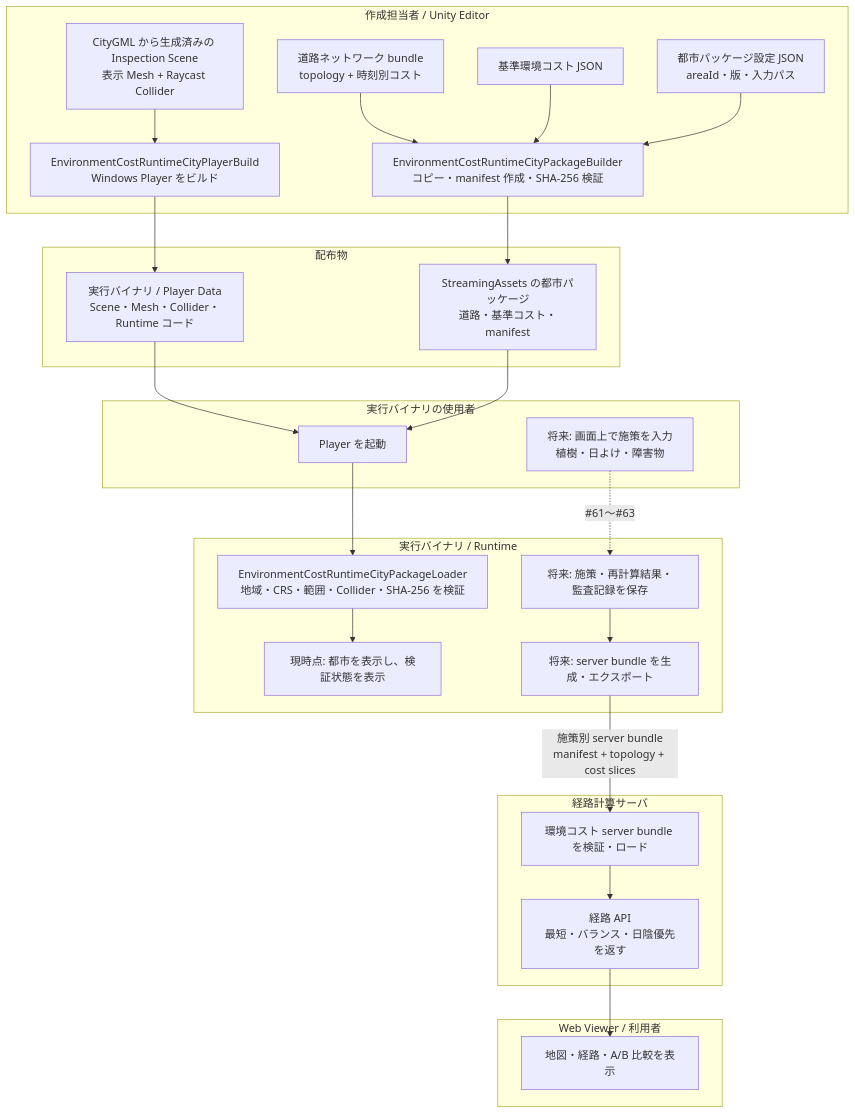
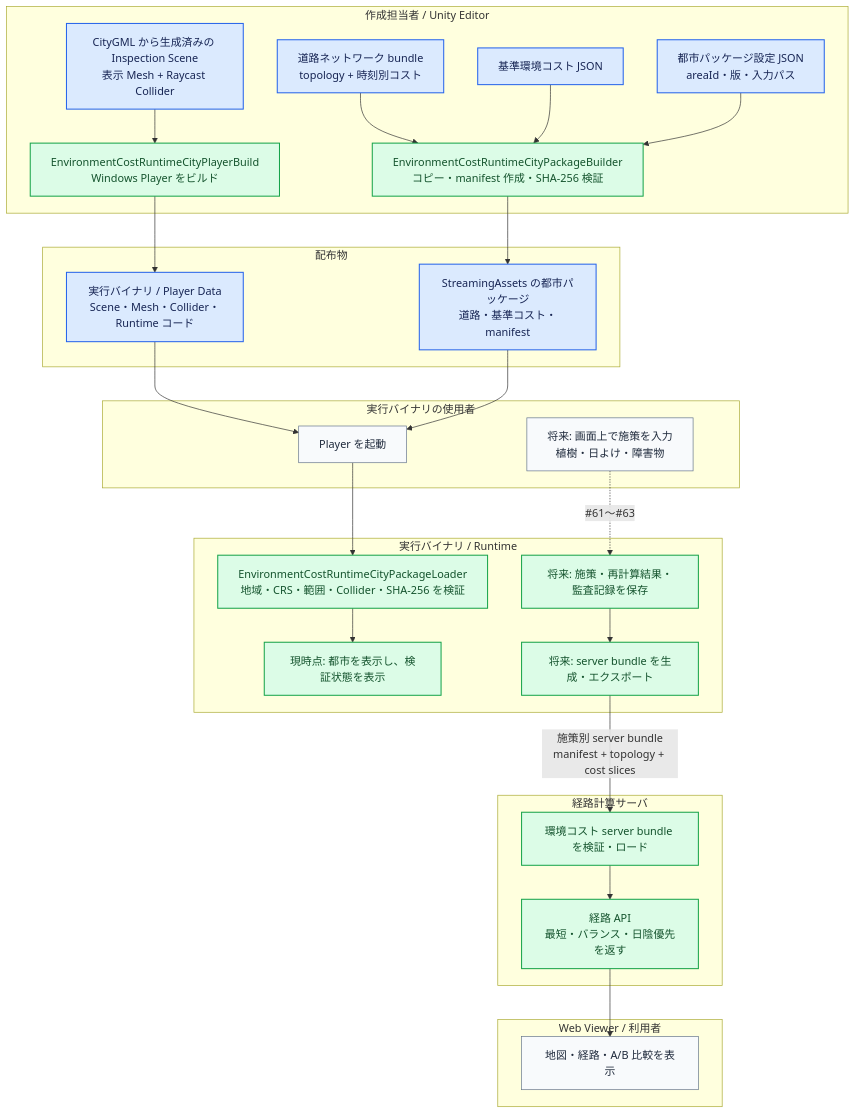
One commit to azarashin/PLATEAUHackathon2006 changed the diagram in docs/runtime-city-data-package.md. Above: the diagram before and after it, drawn with Mermaid. The commit also changed other lines of this file, not shown here.

Commit message:
docs: color runtime data flow nodes

````diff
--- a/docs/runtime-city-data-package.md
+++ b/docs/runtime-city-data-package.md
@@ -20,49 +20,56 @@
 ```mermaid
 flowchart TD
   subgraph A[作成担当者 / Unity Editor]
     A1[CityGML から生成済みの Inspection Scene<br/>表示 Mesh + Raycast Collider]
     A2[道路ネットワーク bundle<br/>topology + 時刻別コスト]
     A3[基準環境コスト JSON]
     A4[都市パッケージ設定 JSON<br/>areaId・版・入力パス]
     P[EnvironmentCostRuntimeCityPackageBuilder<br/>コピー・manifest 作成・SHA-256 検証]
     B[EnvironmentCostRuntimeCityPlayerBuild<br/>Windows Player をビルド]
   end
 
   subgraph D[配布物]
     D1[実行バイナリ / Player Data<br/>Scene・Mesh・Collider・Runtime コード]
     D2[StreamingAssets の都市パッケージ<br/>道路・基準コスト・manifest]
   end
 
   subgraph U[実行バイナリの使用者]
     U1[Player を起動]
     U2[将来: 画面上で施策を入力<br/>植樹・日よけ・障害物]
   end
 
   subgraph R[実行バイナリ / Runtime]
     R1[EnvironmentCostRuntimeCityPackageLoader<br/>地域・CRS・範囲・Collider・SHA-256 を検証]
     R2[現時点: 都市を表示し、検証状態を表示]
     R3[将来: 施策・再計算結果・監査記録を保存]
     R4[将来: server bundle を生成・エクスポート]
   end
 
   subgraph S[経路計算サーバ]
     S1[環境コスト server bundle を検証・ロード]
     S2[経路 API<br/>最短・バランス・日陰優先を返す]
   end
 
   subgraph V[Web Viewer / 利用者]
     V1[地図・経路・A/B 比較を表示]
   end
 
   A1 --> B
   A2 --> P
   A3 --> P
   A4 --> P
   P --> D2
   B --> D1
   D1 --> U1
   D2 --> U1
   U1 --> R1 --> R2
   U2 -. #61〜#63 .-> R3 --> R4
   R4 -->|施策別 server bundle<br/>manifest + topology + cost slices| S1 --> S2 --> V1
+
+  classDef data fill:#dbeafe,stroke:#2563eb,color:#172554,stroke-width:1.5px;
+  classDef process fill:#dcfce7,stroke:#16a34a,color:#14532d,stroke-width:1.5px;
+  classDef actor fill:#f8fafc,stroke:#64748b,color:#1e293b,stroke-width:1px;
+  class A1,A2,A3,A4,D1,D2 data;
+  class P,B,R1,R2,R3,R4,S1,S2 process;
+  class U1,U2,V1 actor;
 ```
````
